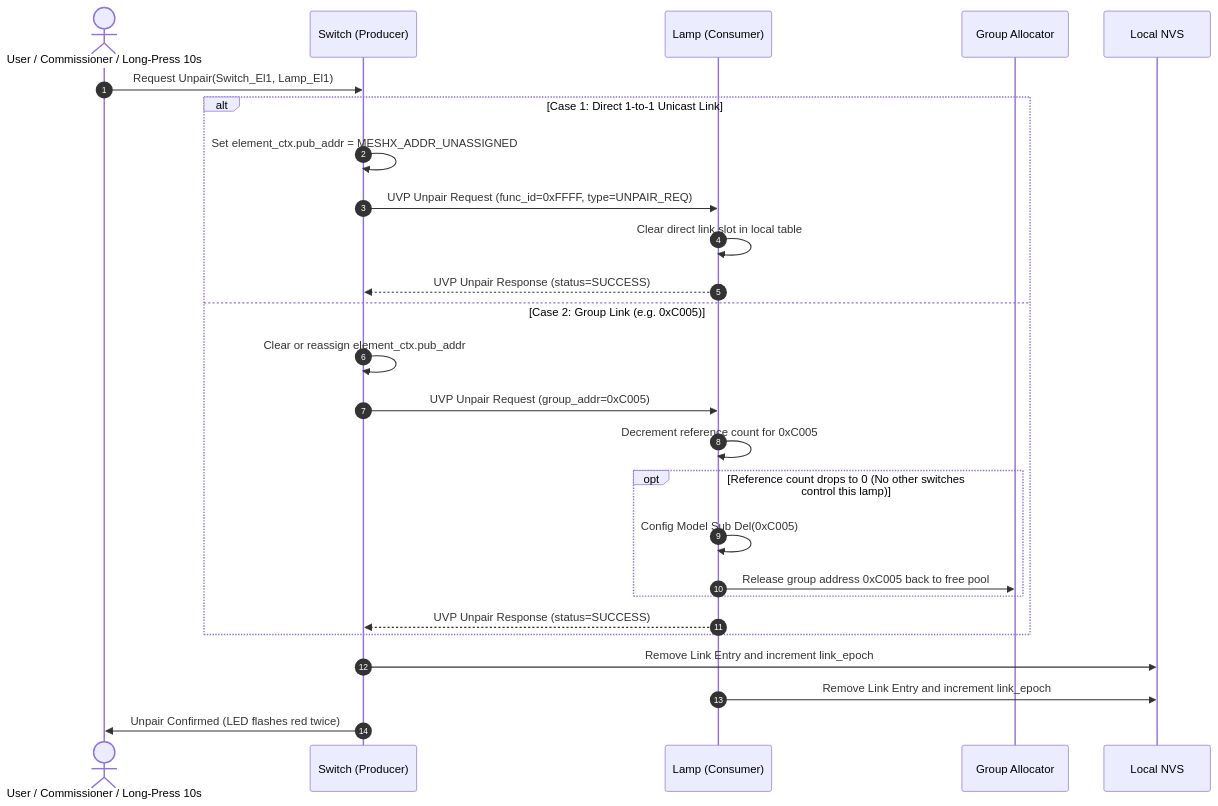
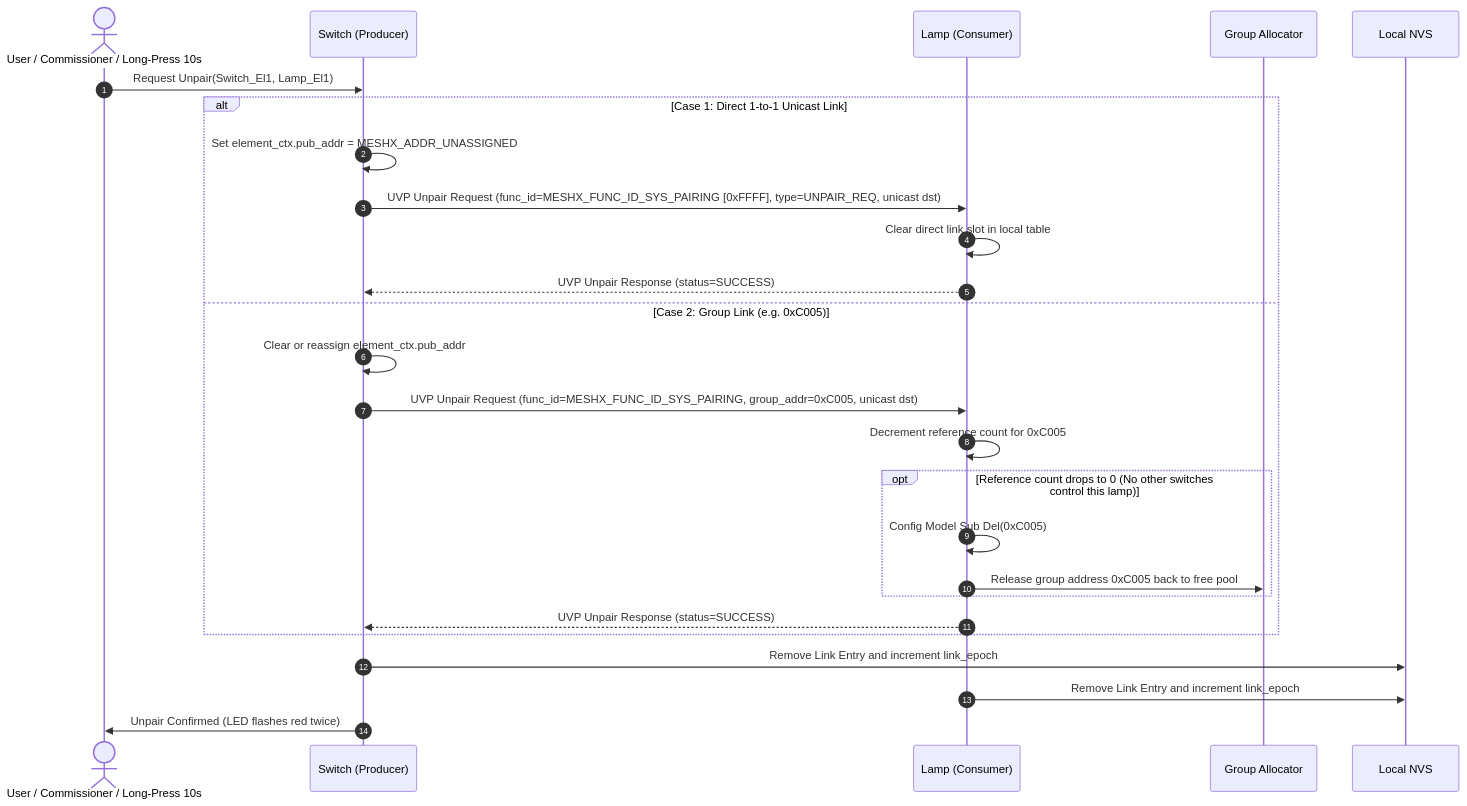
The first of 3 diagrams in .specs/autonomous-element-pairing/design/06_lifecycle_unpairing_teardown.md (pranjalchanda08/MeshX), drawn with Mermaid before and after one commit. The commit also changed other lines of this file and 45 other files, not shown here.

Commit message:
feat(pairing): implement core pairing engine, element LUTs, directory reorg, and dynamic UVP

````diff
--- a/.specs/autonomous-element-pairing/design/06_lifecycle_unpairing_teardown.md
+++ b/.specs/autonomous-element-pairing/design/06_lifecycle_unpairing_teardown.md
@@ -25,31 +25,31 @@
 ```mermaid
 sequenceDiagram
     autonumber
     actor User as User / Commissioner / Long-Press 10s
     participant Switch as Switch (Producer)
     participant Lamp as Lamp (Consumer)
     participant Alloc as Group Allocator
     participant NVS as Local NVS
 
     User->>Switch: Request Unpair(Switch_El1, Lamp_El1)
 
     alt Case 1: Direct 1-to-1 Unicast Link
         Switch->>Switch: Set element_ctx.pub_addr = MESHX_ADDR_UNASSIGNED
-        Switch->>Lamp: UVP Unpair Request (func_id=0xFFFF, type=UNPAIR_REQ)
+        Switch->>Lamp: UVP Unpair Request (func_id=MESHX_FUNC_ID_SYS_PAIRING [0xFFFF], type=UNPAIR_REQ, unicast dst)
         Lamp->>Lamp: Clear direct link slot in local table
         Lamp-->>Switch: UVP Unpair Response (status=SUCCESS)
     else Case 2: Group Link (e.g. 0xC005)
         Switch->>Switch: Clear or reassign element_ctx.pub_addr
-        Switch->>Lamp: UVP Unpair Request (group_addr=0xC005)
+        Switch->>Lamp: UVP Unpair Request (func_id=MESHX_FUNC_ID_SYS_PAIRING, group_addr=0xC005, unicast dst)
         Lamp->>Lamp: Decrement reference count for 0xC005
         opt Reference count drops to 0 (No other switches control this lamp)
             Lamp->>Lamp: Config Model Sub Del(0xC005)
             Lamp->>Alloc: Release group address 0xC005 back to free pool
         end
         Lamp-->>Switch: UVP Unpair Response (status=SUCCESS)
     end
 
     Switch->>NVS: Remove Link Entry and increment link_epoch
     Lamp->>NVS: Remove Link Entry and increment link_epoch
     Switch->>User: Unpair Confirmed (LED flashes red twice)
 ```
````
